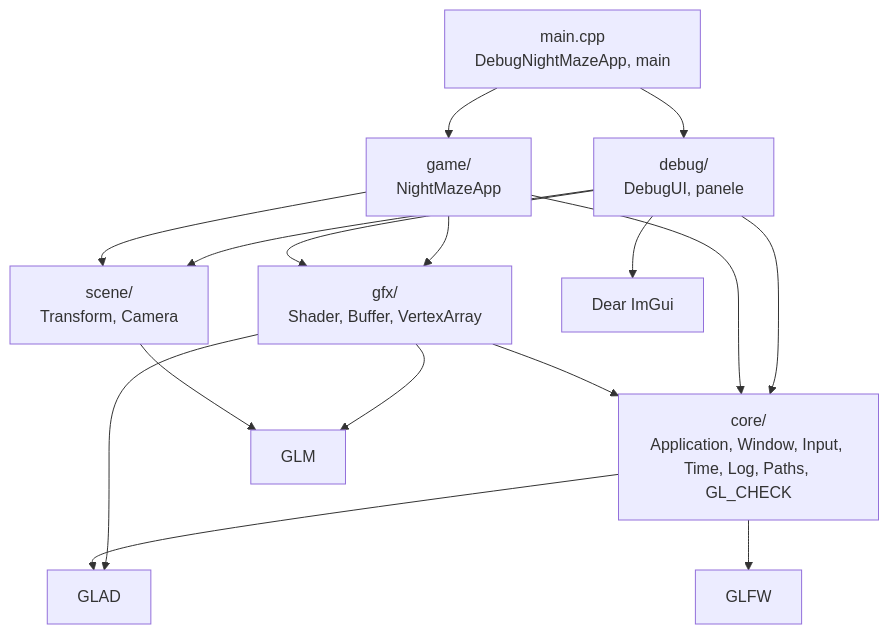
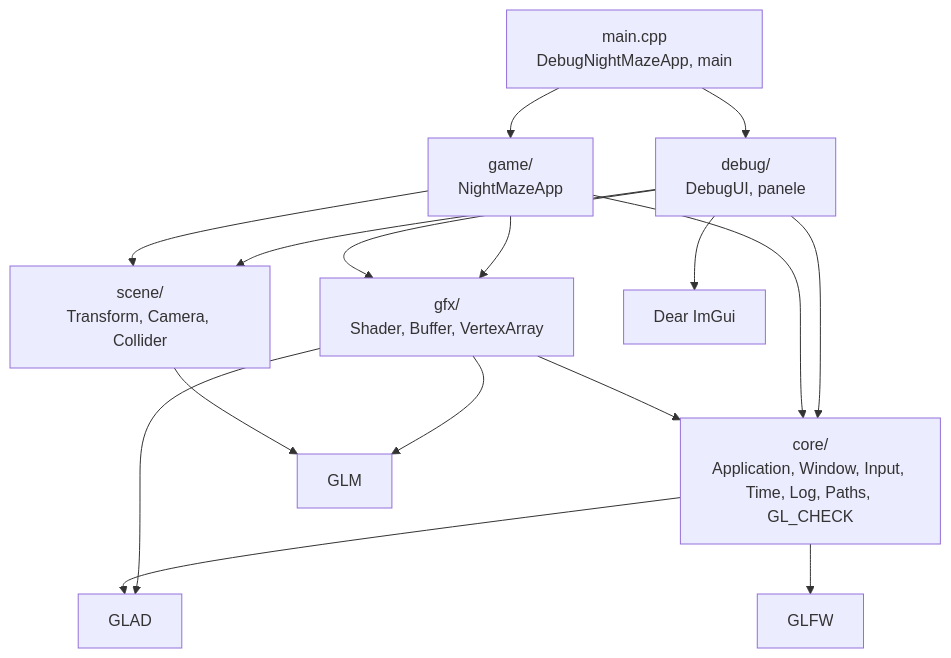
Before and after one commit to Shironex/night-maze: the diagram in docs/modules/scene/README.md, drawn with Mermaid. The commit also changed other lines of this file and 6 other files, not shown here.

````diff
--- a/docs/modules/scene/README.md
+++ b/docs/modules/scene/README.md
@@ -57,18 +59,18 @@
 ```mermaid
 flowchart TD
     Main["main.cpp<br/>DebugNightMazeApp, main"] --> Debug["debug/<br/>DebugUI, panele"]
     Main --> Game["game/<br/>NightMazeApp"]
     Debug --> Core["core/<br/>Application, Window, Input, Time, Log, Paths, GL_CHECK"]
     Game --> Core
     Game --> Gfx
     Debug --> Gfx
     Debug --> Scene
     Game --> Scene
     Gfx["gfx/<br/>Shader, Buffer, VertexArray"] --> Core
     Gfx --> Glm
-    Scene["scene/<br/>Transform, Camera"] --> Glm["GLM"]
+    Scene["scene/<br/>Transform, Camera, Collider"] --> Glm["GLM"]
     Gfx --> Glad["GLAD"]
     Core --> Glad
     Core --> Glfw["GLFW"]
     Debug --> ImGui["Dear ImGui"]
 ```
````
